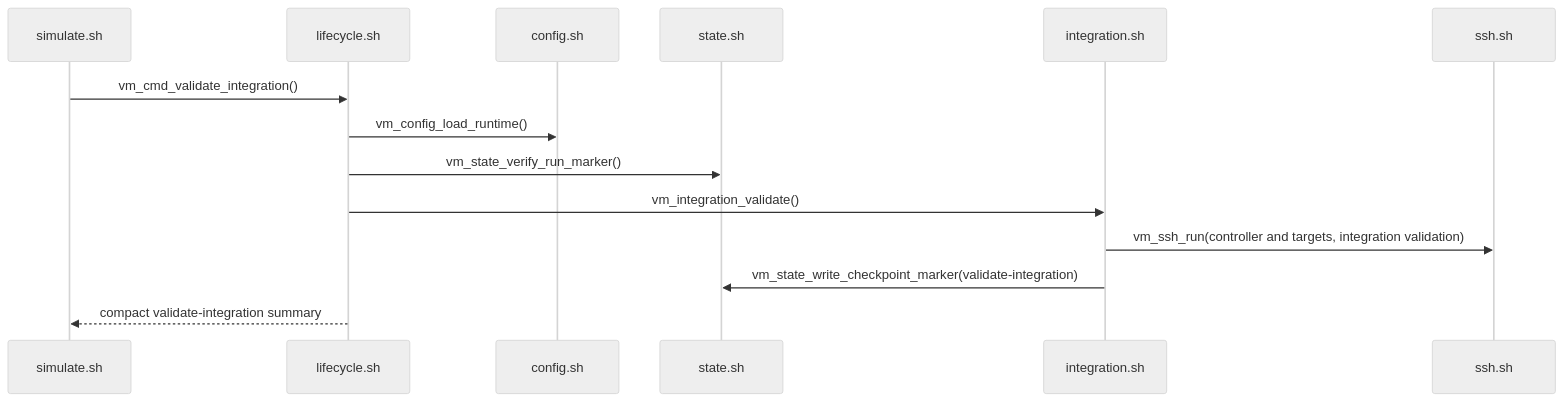
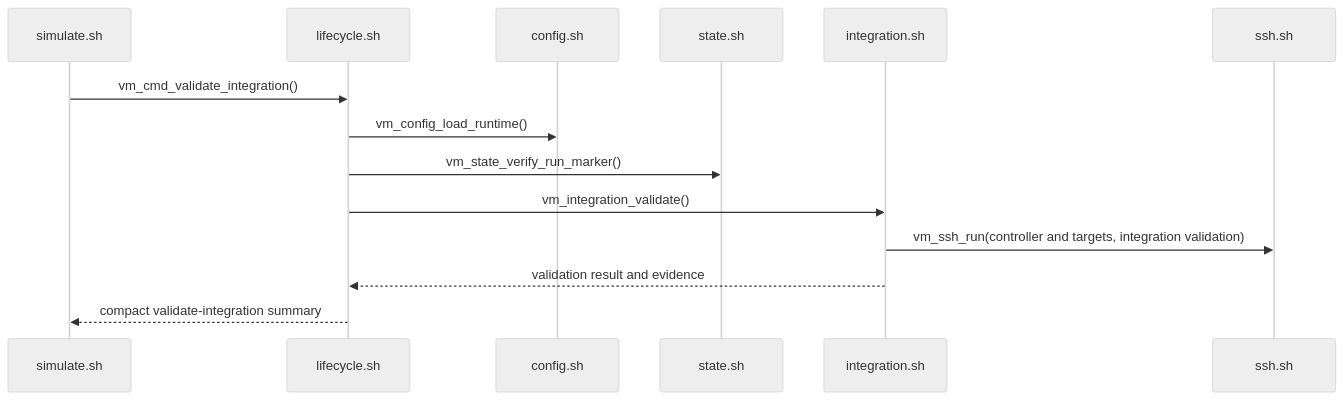
Before and after one commit to NoNine/loopforge: diagram 12 of 19 in simulation/vm/docs/sequences.md, drawn with Mermaid (neutral theme). The commit also changed other lines of this file and 25 other files, not shown here.

````diff
--- a/simulation/vm/docs/sequences.md
+++ b/simulation/vm/docs/sequences.md
@@ -254,17 +258,17 @@
 ```mermaid
 sequenceDiagram
   participant CLI as simulate.sh
   participant LC as lifecycle.sh
   participant CFG as config.sh
   participant ST as state.sh
   participant INT as integration.sh
   participant SSH as ssh.sh
 
   CLI->>LC: vm_cmd_validate_integration()
   LC->>CFG: vm_config_load_runtime()
   LC->>ST: vm_state_verify_run_marker()
   LC->>INT: vm_integration_validate()
   INT->>SSH: vm_ssh_run(controller and targets, integration validation)
-  INT->>ST: vm_state_write_checkpoint_marker(validate-integration)
+  INT-->>LC: validation result and evidence
   LC-->>CLI: compact validate-integration summary
 ```
````
